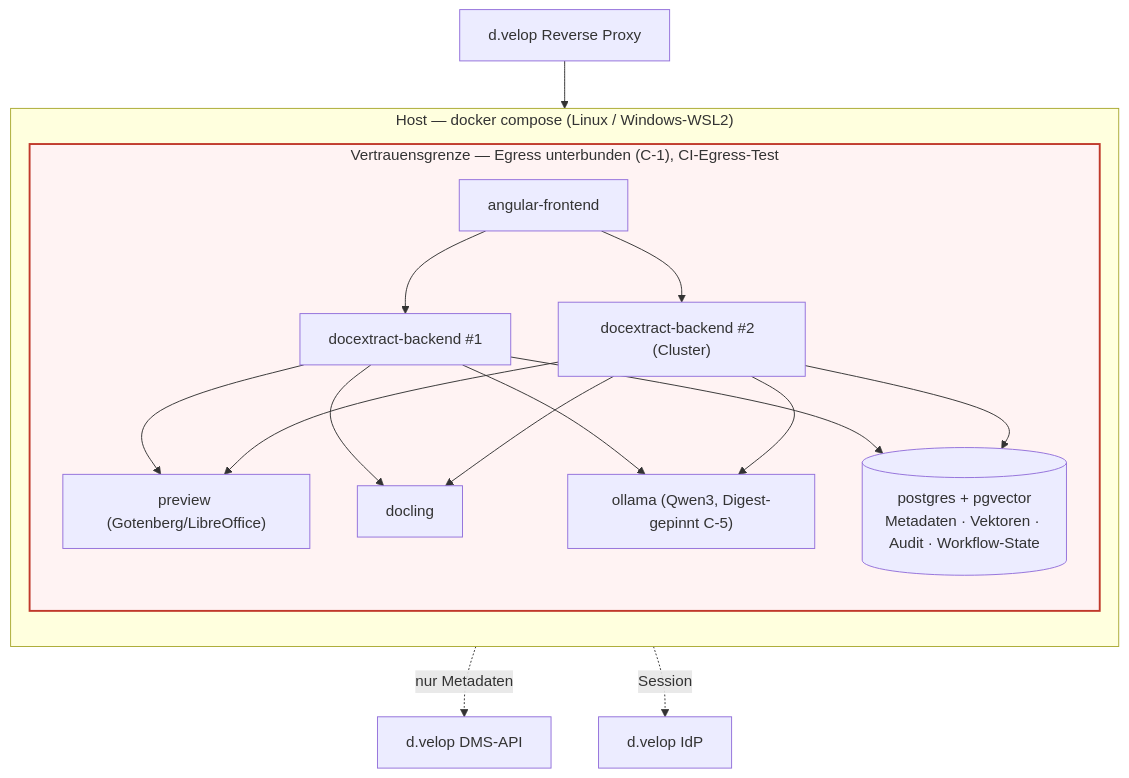
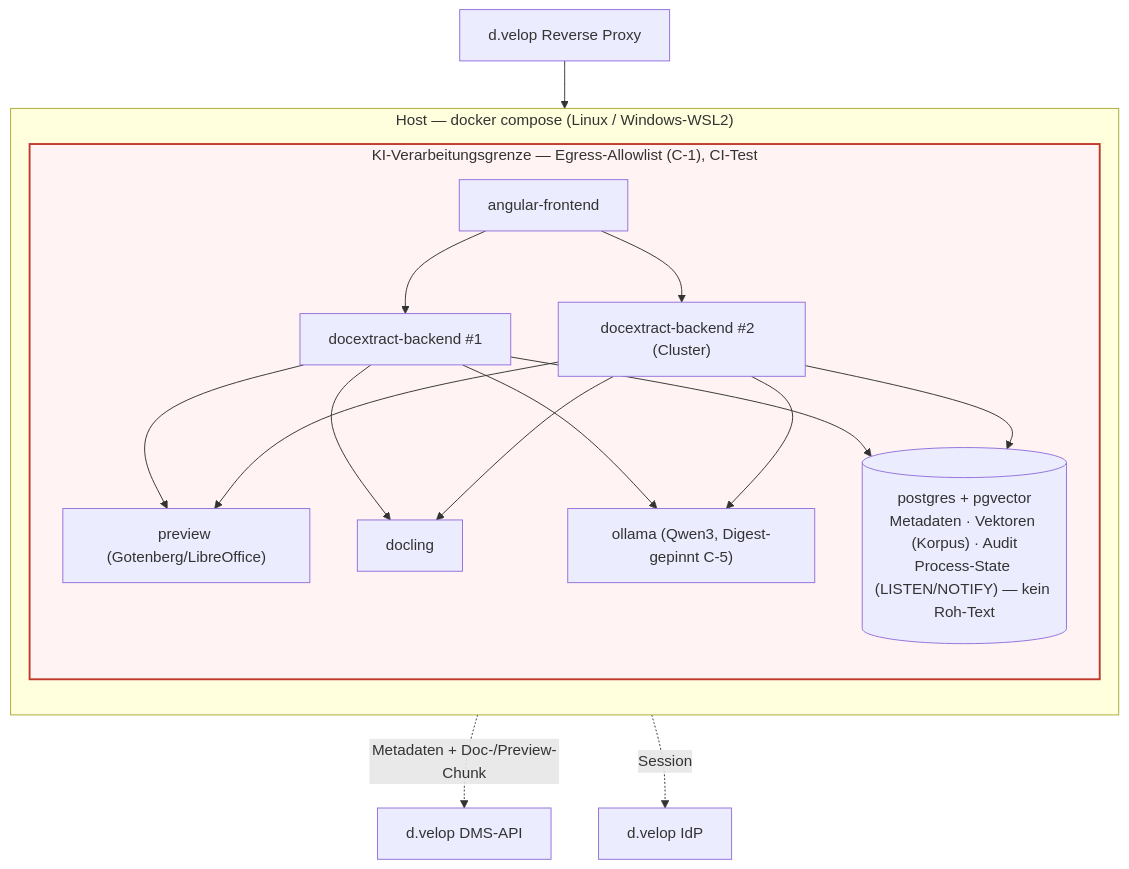
The sixth of 7 diagrams in doc/ARCHITECTURE.md (segjo/docextract), drawn with Mermaid before and after one commit. The commit also changed other lines of this file and 1 other file, not shown here.

````diff
--- a/doc/ARCHITECTURE.md
+++ b/doc/ARCHITECTURE.md
@@ -280,25 +368,25 @@
 ```mermaid
 flowchart TB
     subgraph host["Host — docker compose (Linux / Windows-WSL2)"]
       direction TB
-      subgraph tb["Vertrauensgrenze — Egress unterbunden (C-1), CI-Egress-Test"]
+      subgraph tb["KI-Verarbeitungsgrenze — Egress-Allowlist (C-1), CI-Test"]
         fe["angular-frontend"]
         be1["docextract-backend #1"]
         be2["docextract-backend #2  (Cluster)"]
         prev["preview (Gotenberg/LibreOffice)"]
         doc["docling"]
         llm["ollama (Qwen3, Digest-gepinnt C-5)"]
-        db[("postgres + pgvector\nMetadaten · Vektoren · Audit · Workflow-State")]
-      end
+        db[("postgres + pgvector\nMetadaten · Vektoren (Korpus) · Audit\nProcess-State (LISTEN/NOTIFY) — kein Roh-Text")]
+              end
     end
     proxy["d.velop Reverse Proxy"] --> fe
     fe --> be1
     fe --> be2
     be1 --> prev & doc & llm & db
     be2 --> prev & doc & llm & db
-    be1 -. "nur Metadaten" .-> dms["d.velop DMS-API"]
+    be1 -. "Metadaten + Doc-/Preview-Chunk" .-> dms["d.velop DMS-API"]
     be1 -. "Session" .-> idp["d.velop IdP"]
 
     classDef tb fill:#fff3f3,stroke:#c0392b,stroke-width:2px;
     class tb tb;
 ```
````
